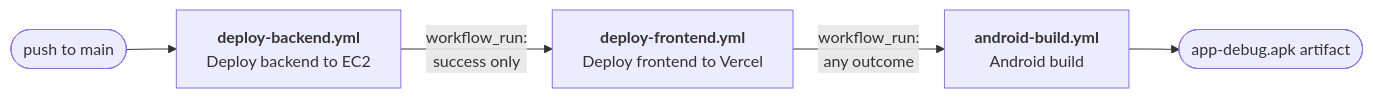
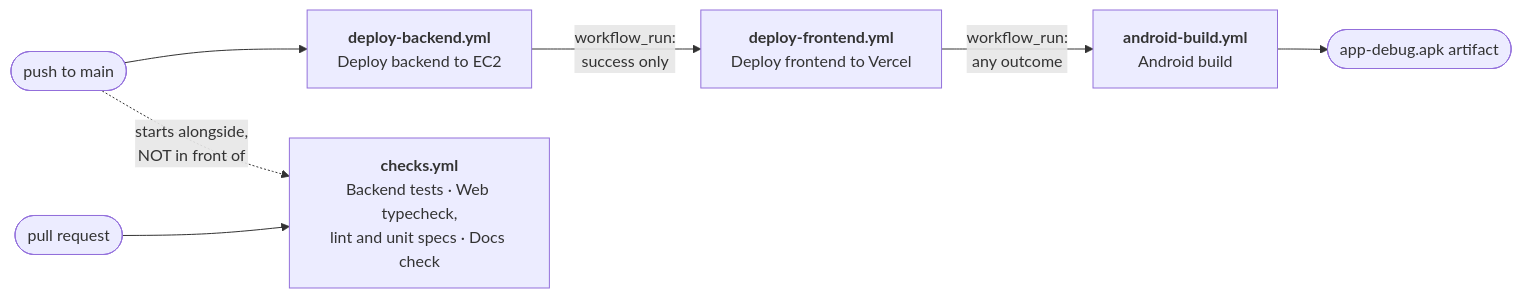
One commit to cxacraftecosystem-ui/designer-portal changed the diagram in docs/CI.md. Above: the diagram before and after it, drawn with Mermaid. The commit also changed other lines of this file and 80 other files, not shown here.

````diff
--- a/docs/CI.md
+++ b/docs/CI.md
@@ -16,7 +17,9 @@
 ```mermaid
 flowchart LR
     P([push to main]) --> B["<b>deploy-backend.yml</b><br/>Deploy backend to EC2"]
     B -->|workflow_run:<br/>success only| F["<b>deploy-frontend.yml</b><br/>Deploy frontend to Vercel"]
     F -->|workflow_run:<br/>any outcome| A["<b>android-build.yml</b><br/>Android build"]
     A --> R([app-debug.apk artifact])
+    P -.->|starts alongside,<br/>NOT in front of| C["<b>checks.yml</b><br/>Backend tests · Web typecheck,<br/>lint and unit specs · Docs check"]
+    PR([pull request]) --> C
 ```
````
